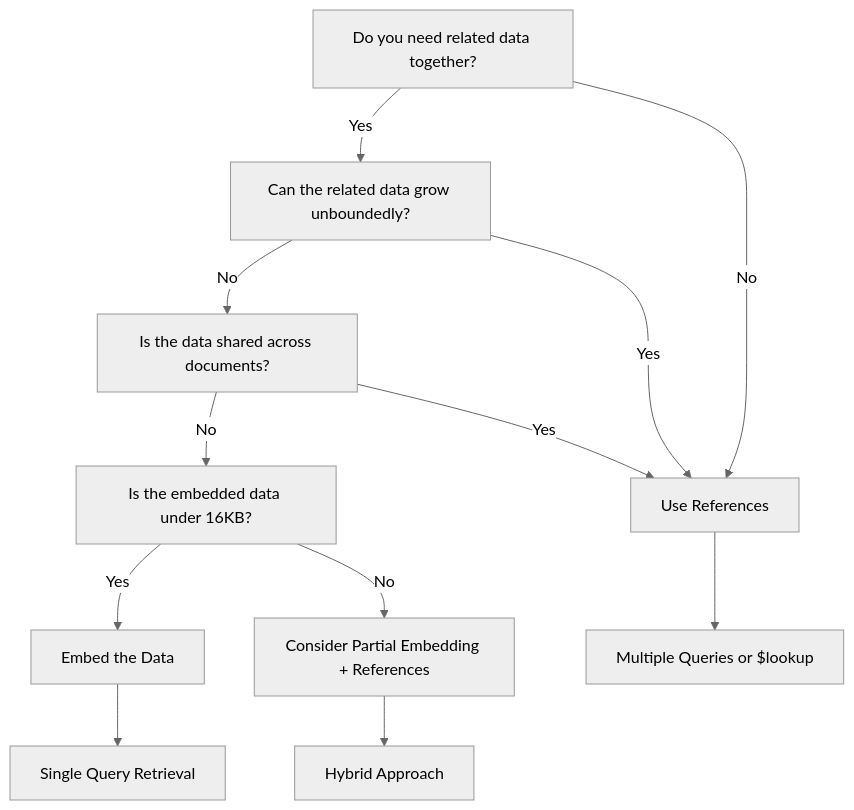
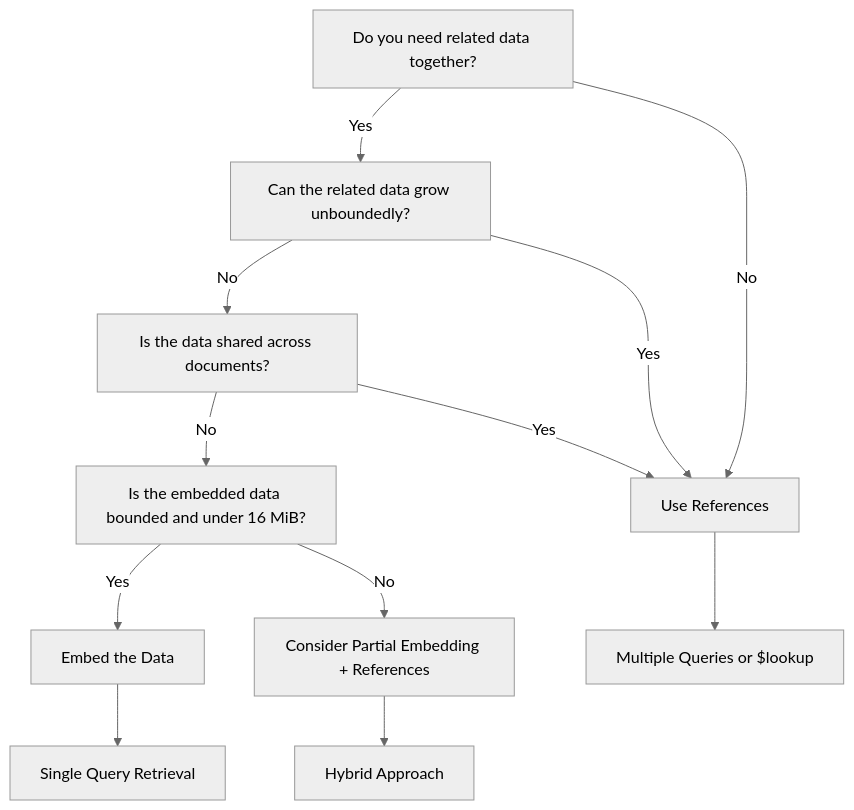
The second of 3 diagrams in posts/2026-01-26-mongodb-schema-performance/README.md (OneUptime/blog), drawn with Mermaid (neutral theme) before and after one commit. The commit also changed other lines of this file and 2 other files, not shown here.

Commit message:
validate: 2026-01-26-mongodb-schema-performance

````diff
--- a/posts/2026-01-26-mongodb-schema-performance/README.md
+++ b/posts/2026-01-26-mongodb-schema-performance/README.md
@@ -102,18 +102,18 @@
 ```mermaid
 flowchart TD
     A[Do you need related data together?] -->|Yes| B[Can the related data grow unboundedly?]
     A -->|No| G[Use References]
 
     B -->|Yes| G
     B -->|No| C[Is the data shared across documents?]
 
     C -->|Yes| G
-    C -->|No| D[Is the embedded data under 16KB?]
+    C -->|No| D[Is the embedded data bounded and under 16 MiB?]
 
     D -->|Yes| E[Embed the Data]
     D -->|No| F[Consider Partial Embedding + References]
 
     E --> H[Single Query Retrieval]
     G --> I[Multiple Queries or $lookup]
     F --> J[Hybrid Approach]
 ```
````
